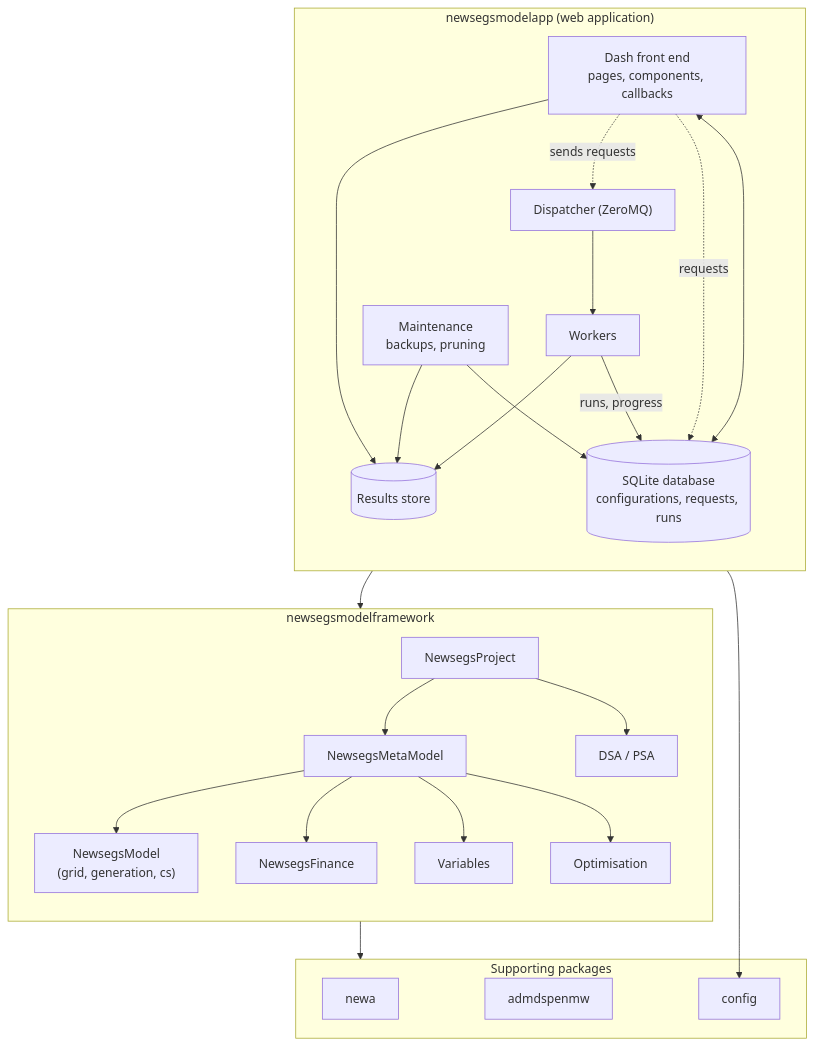
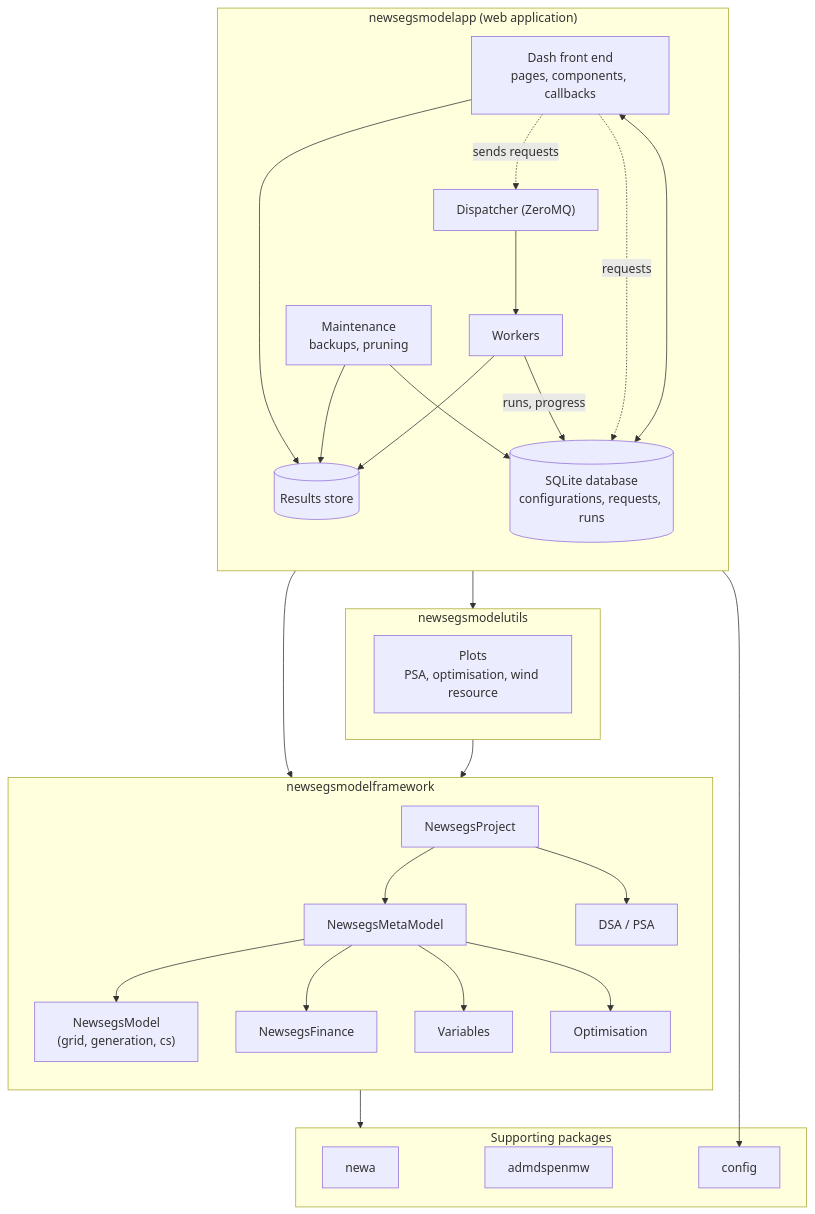
Before and after one commit to robyoung88/ca-wu-newsegs-model: the diagram in docs/architecture.md, drawn with Mermaid. The commit also changed other lines of this file and 20 other files, not shown here.

````diff
--- a/docs/architecture.md
+++ b/docs/architecture.md
@@ -3,38 +3,43 @@
 ```mermaid
 flowchart TB
     subgraph app["newsegsmodelapp (web application)"]
         direction TB
         ui["Dash front end<br/>pages, components, callbacks"]
         db[("SQLite database<br/>configurations, requests, runs")]
         disp["Dispatcher (ZeroMQ)"]
         wrk["Workers"]
         store[("Results store")]
         maint["Maintenance<br/>backups, pruning"]
         ui <--> db
         ui -. "requests" .-> db
         ui -. "sends requests" .-> disp
         disp --> wrk
         wrk -- "runs, progress" --> db
         wrk --> store
         ui --> store
         maint --> db
         maint --> store
     end
     subgraph fw["newsegsmodelframework"]
         direction TB
         proj["NewsegsProject"] --> mm["NewsegsMetaModel"]
         mm --> em["NewsegsModel<br/>(grid, generation, cs)"]
         mm --> fm["NewsegsFinance"]
         mm --> vars["Variables"]
         mm --> optim["Optimisation"]
         proj --> sens["DSA / PSA"]
     end
+    subgraph utils["newsegsmodelutils"]
+        plots["Plots<br/>PSA, optimisation, wind resource"]
+    end
     subgraph support["Supporting packages"]
         newa["newa"]
         admd["admdspenmw"]
         cfg["config"]
     end
     app --> fw
+    app --> utils
+    utils --> fw
     fw --> support
     app --> cfg
 ```
````
